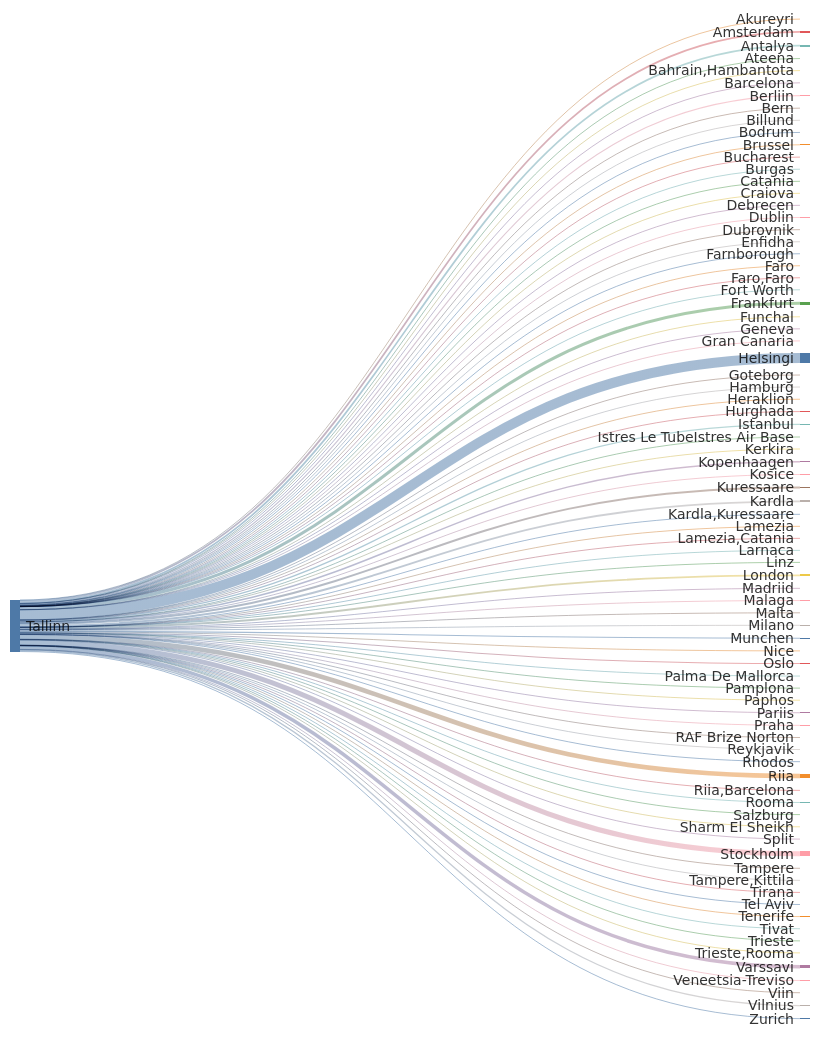
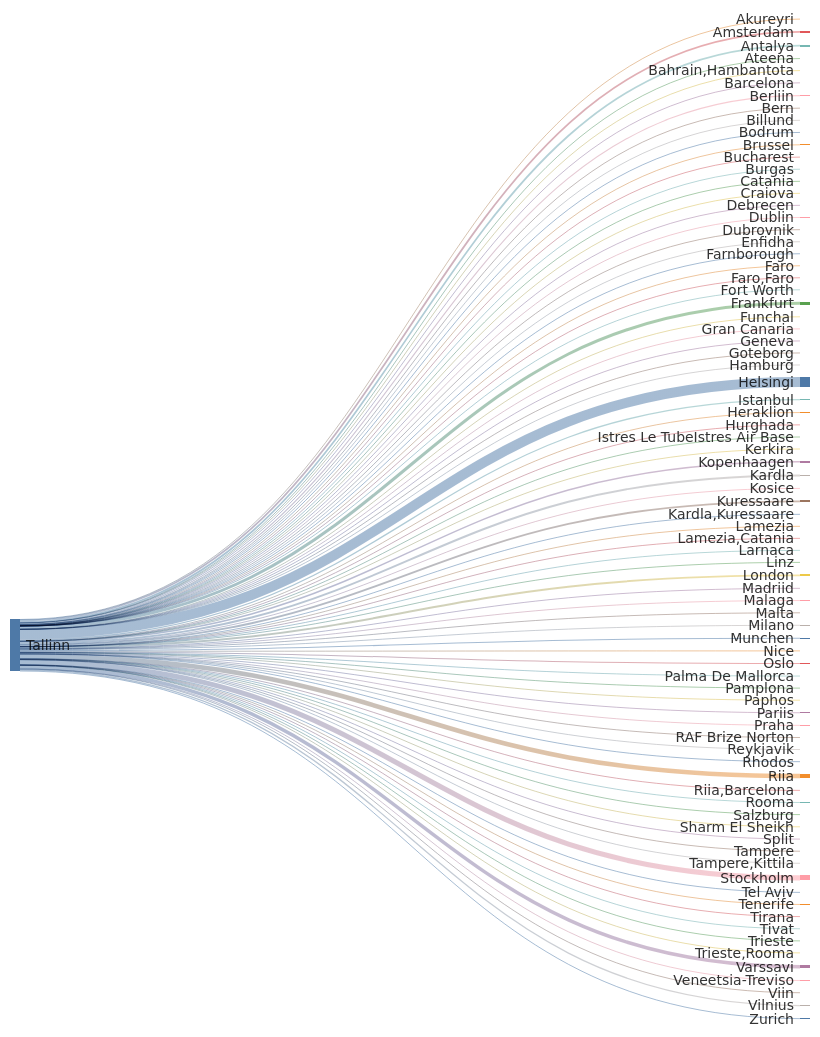
The second of 2 diagrams in README.md (rainermesi/tll-airport-departures), drawn with Mermaid before and after one commit. The commit also changed other lines of this file and 1 other file, not shown here.

````diff
--- a/README.md
+++ b/README.md
@@ -42,16 +42,16 @@
 sankey-beta
 %% source,target,value
 Tallinn,Akureyri,1
-Tallinn,Amsterdam,603
-Tallinn,Antalya,592
+Tallinn,Amsterdam,605
+Tallinn,Antalya,596
 Tallinn,Ateena,16
 Tallinn,"Bahrain,Hambantota",1
 Tallinn,Barcelona,169
-Tallinn,Berliin,374
+Tallinn,Berliin,376
 Tallinn,Bern,1
 Tallinn,Billund,87
 Tallinn,Bodrum,16
-Tallinn,Brussel,231
+Tallinn,Brussel,232
 Tallinn,Bucharest,1
 Tallinn,Burgas,67
 Tallinn,Catania,2
@@ -59,55 +59,55 @@
 Tallinn,Debrecen,1
 Tallinn,Dublin,112
 Tallinn,Dubrovnik,21
-Tallinn,Enfidha,20
+Tallinn,Enfidha,21
 Tallinn,Farnborough,1
 Tallinn,Faro,4
 Tallinn,"Faro,Faro",1
 Tallinn,Fort Worth,1
-Tallinn,Frankfurt,1045
+Tallinn,Frankfurt,1048
 Tallinn,Funchal,10
 Tallinn,Geneva,13
 Tallinn,Gran Canaria,38
 Tallinn,Goteborg,2
 Tallinn,Hamburg,2
-Tallinn,Helsingi,3502
+Tallinn,Helsingi,3511
 Tallinn,Heraklion,145
-Tallinn,Hurghada,79
-Tallinn,Istanbul,454
+Tallinn,Hurghada,80
+Tallinn,Istanbul,455
 Tallinn,Istres Le TubeIstres Air Base,2
 Tallinn,Kerkira,4
-Tallinn,Kopenhaagen,521
+Tallinn,Kopenhaagen,523
 Tallinn,Kosice,1
-Tallinn,Kuressaare,664
-Tallinn,Kardla,666
+Tallinn,Kuressaare,666
+Tallinn,Kardla,668
 Tallinn,"Kardla,Kuressaare",1
 Tallinn,Lamezia,6
 Tallinn,"Lamezia,Catania",3
-Tallinn,Larnaca,9
+Tallinn,Larnaca,10
 Tallinn,Linz,2
-Tallinn,London,677
+Tallinn,London,679
 Tallinn,Madriid,5
 Tallinn,Malaga,145
 Tallinn,Malta,37
 Tallinn,Milano,289
-Tallinn,Munchen,379
+Tallinn,Munchen,381
 Tallinn,Nice,69
-Tallinn,Oslo,351
+Tallinn,Oslo,352
 Tallinn,Palma De Mallorca,41
 Tallinn,Pamplona,1
 Tallinn,Paphos,66
-Tallinn,Pariis,313
-Tallinn,Praha,103
+Tallinn,Pariis,315
+Tallinn,Praha,104
 Tallinn,RAF Brize Norton,1
 Tallinn,Reykjavik,20
-Tallinn,Rhodos,76
-Tallinn,Riia,1595
+Tallinn,Rhodos,77
+Tallinn,Riia,1599
 Tallinn,"Riia,Barcelona",1
 Tallinn,Rooma,80
 Tallinn,Salzburg,14
-Tallinn,Sharm El Sheikh,126
-Tallinn,Split,69
-Tallinn,Stockholm,1760
+Tallinn,Sharm El Sheikh,127
+Tallinn,Split,70
+Tallinn,Stockholm,1765
 Tallinn,Tampere,17
 Tallinn,"Tampere,Kittila",21
 Tallinn,Tel Aviv,2
@@ -116,11 +116,11 @@
 Tallinn,Tivat,80
 Tallinn,Trieste,1
 Tallinn,"Trieste,Rooma",1
-Tallinn,Varssavi,1216
+Tallinn,Varssavi,1220
 Tallinn,Veneetsia-Treviso,67
 Tallinn,Viin,106
-Tallinn,Vilnius,447
-Tallinn,Zurich,315
+Tallinn,Vilnius,448
+Tallinn,Zurich,316
 
 
 ```
````
